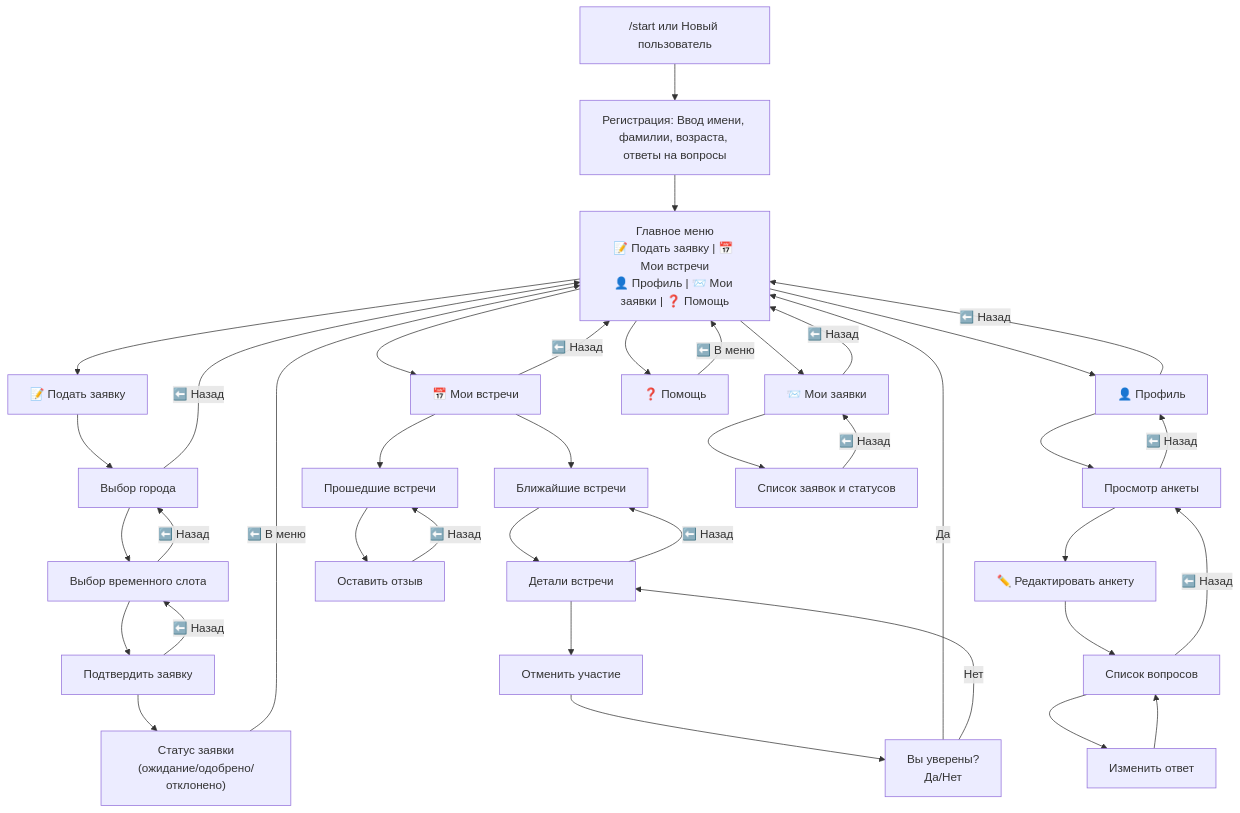
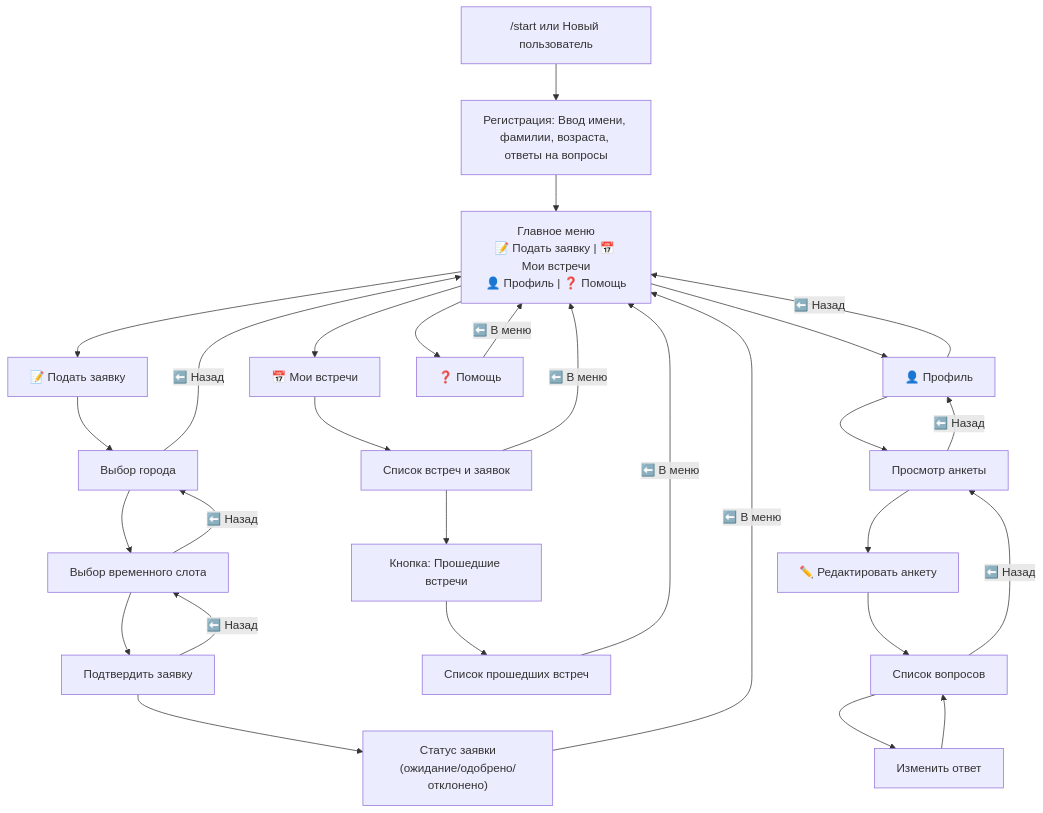
Before and after one commit to kostyakunak/5chairs: the diagram in user_bot/ux_userbot_flowchart.mmd, drawn with Mermaid. The commit also changed 8 other files, not shown here.

```diff
--- a/user_bot/ux_userbot_flowchart.mmd
+++ b/user_bot/ux_userbot_flowchart.mmd
@@ -1,54 +1,45 @@
 flowchart TD
     Start["/start или Новый пользователь"]
     Reg["Регистрация: Ввод имени, фамилии, возраста, ответы на вопросы"]
-    MainMenu["Главное меню\n📝 Подать заявку | 📅 Мои встречи\n👤 Профиль | 📨 Мои заявки | ❓ Помощь"]
+    MainMenu["Главное меню\n📝 Подать заявку | 📅 Мои встречи\n👤 Профиль | ❓ Помощь"]
 
     %% Главное меню
     Start --> Reg
     Reg --> MainMenu
 
-    %% Подать заявку
+    %% Подать заявку (заявку может подать любой зарегистрированный пользователь, кроме отклонённых)
     MainMenu --> Apply["📝 Подать заявку"]
     Apply --> City["Выбор города"]
     City -->|⬅️ Назад| MainMenu
     City --> TimeSlot["Выбор временного слота"]
     TimeSlot -->|⬅️ Назад| City
     TimeSlot --> ConfirmApp["Подтвердить заявку"]
     ConfirmApp -->|⬅️ Назад| TimeSlot
     ConfirmApp --> AppStatus["Статус заявки\n(ожидание/одобрено/отклонено)"]
     AppStatus -->|⬅️ В меню| MainMenu
 
     %% Мои встречи
     MainMenu --> MyMeetings["📅 Мои встречи"]
-    MyMeetings --> Upcoming["Ближайшие встречи"]
-    MyMeetings --> Past["Прошедшие встречи"]
-    Upcoming --> MeetingDetails["Детали встречи"]
-    MeetingDetails -->|⬅️ Назад| Upcoming
-    MeetingDetails --> CancelMeeting["Отменить участие"]
-    CancelMeeting --> ConfirmCancel["Вы уверены?\nДа/Нет"]
-    ConfirmCancel -->|Да| MainMenu
-    ConfirmCancel -->|Нет| MeetingDetails
-    Past --> Feedback["Оставить отзыв"]
-    Feedback -->|⬅️ Назад| Past
-    MyMeetings -->|⬅️ Назад| MainMenu
+    MyMeetings --> MeetingsList["Список встреч и заявок"]
+    MeetingsList --> PastBtn["Кнопка: Прошедшие встречи"]
+    PastBtn --> PastMeetings["Список прошедших встреч"]
+    PastMeetings -->|⬅️ В меню| MainMenu
+    MeetingsList -->|⬅️ В меню| MainMenu
 
     %% Профиль
     MainMenu --> Profile["👤 Профиль"]
     Profile --> ViewProfile["Просмотр анкеты"]
     ViewProfile --> EditProfile["✏️ Редактировать анкету"]
     EditProfile --> QuestionsList["Список вопросов"]
     QuestionsList --> EditAnswer["Изменить ответ"]
     EditAnswer --> QuestionsList
     QuestionsList -->|⬅️ Назад| ViewProfile
     ViewProfile -->|⬅️ Назад| Profile
     Profile -->|⬅️ Назад| MainMenu
 
-    %% Мои заявки
-    MainMenu --> Applications["📨 Мои заявки"]
-    Applications --> AppList["Список заявок и статусов"]
-    AppList -->|⬅️ Назад| Applications
-    Applications -->|⬅️ Назад| MainMenu
-
     %% Помощь
     MainMenu --> Help["❓ Помощь"]
-    Help -->|⬅️ В меню| MainMenu 
+    Help -->|⬅️ В меню| MainMenu
+
+    %% Примечание
+    %% Любой зарегистрированный пользователь (кроме отклонённых) может подать заявку на встречу без подтверждения админом. 
```
